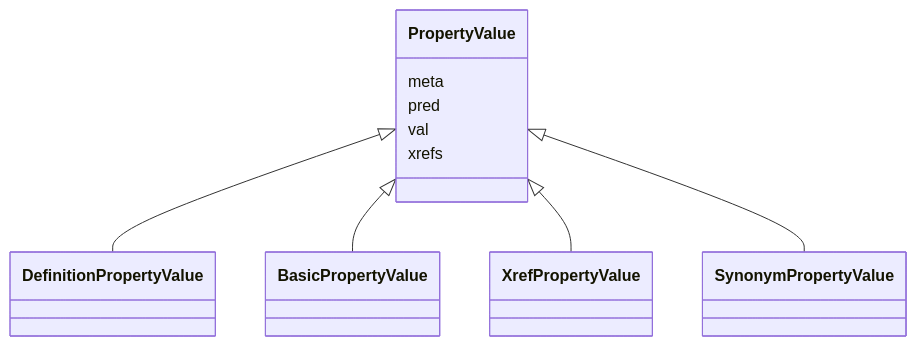
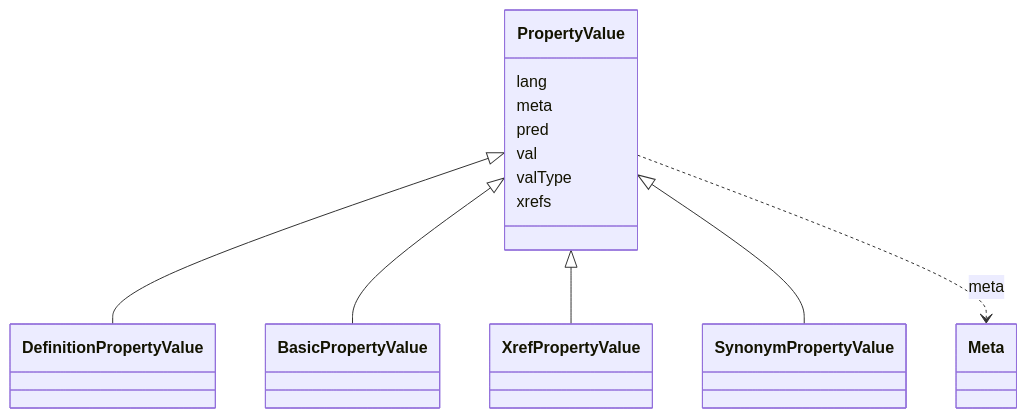
One commit to INCATools/ontology-access-kit changed the diagram in docs/datamodels/obograph/PropertyValue.md. Above: the diagram before and after it, drawn with Mermaid. The commit also changed other lines of this file and 521 other files, not shown here.

````diff
--- a/docs/datamodels/obograph/PropertyValue.md
+++ b/docs/datamodels/obograph/PropertyValue.md
@@ -10,14 +13,24 @@
 ```{mermaid}
  classDiagram
     class PropertyValue
       PropertyValue <|-- DefinitionPropertyValue
       PropertyValue <|-- BasicPropertyValue
       PropertyValue <|-- XrefPropertyValue
       PropertyValue <|-- SynonymPropertyValue
       
+      PropertyValue : lang
+        
       PropertyValue : meta
+        
+          PropertyValue ..> Meta : meta
+        
       PropertyValue : pred
+        
       PropertyValue : val
+        
+      PropertyValue : valType
+        
       PropertyValue : xrefs
+        
       
 ```
````
